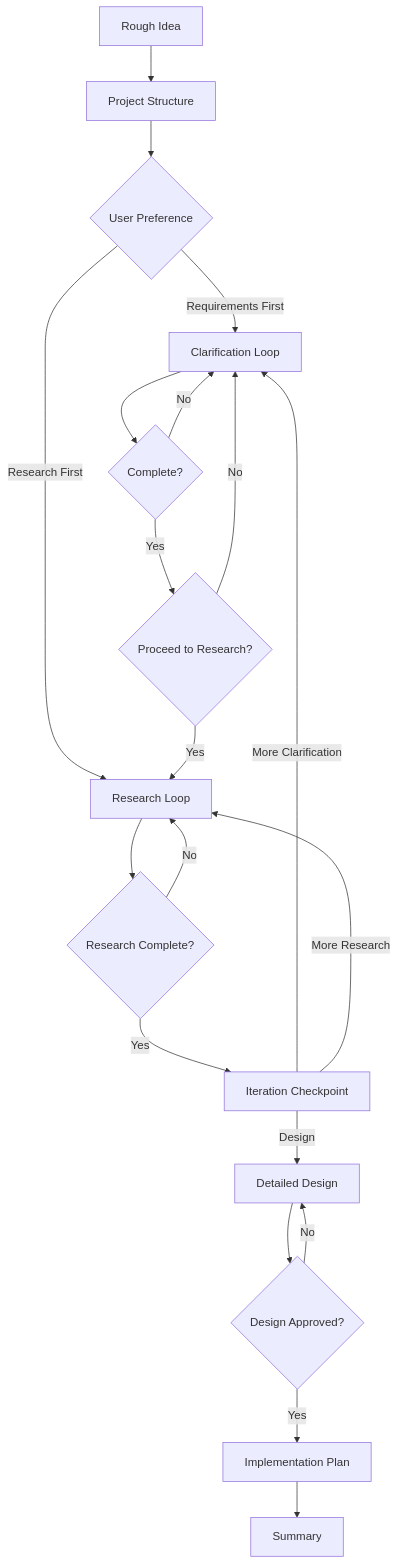
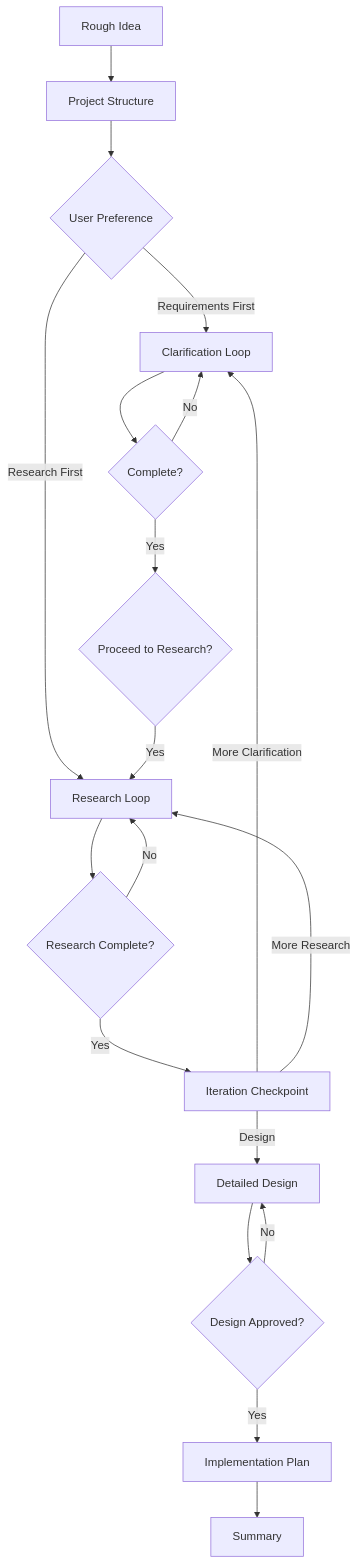
The diagram in skills/sop-planning/SKILL.md (Dario-Arcos/ai-framework), drawn with Mermaid before and after one commit. The commit also changed other lines of this file and 14 other files, not shown here.

````diff
--- a/skills/sop-planning/SKILL.md
+++ b/skills/sop-planning/SKILL.md
@@ -41,22 +62,21 @@
 ```mermaid
 graph TD
     A[Rough Idea] --> B[Project Structure]
     B --> C{User Preference}
     C -->|Requirements First| D[Clarification Loop]
     C -->|Research First| E[Research Loop]
     D --> F{Complete?}
     F -->|No| D
     F -->|Yes| G{Proceed to Research?}
     G -->|Yes| E
-    G -->|No| D
     E --> H{Research Complete?}
     H -->|No| E
     H -->|Yes| I[Iteration Checkpoint]
     I -->|Design| J[Detailed Design]
     I -->|More Clarification| D
     I -->|More Research| E
     J --> K{Design Approved?}
     K -->|No| J
     K -->|Yes| L[Implementation Plan]
     L --> M[Summary]
 ```
````
